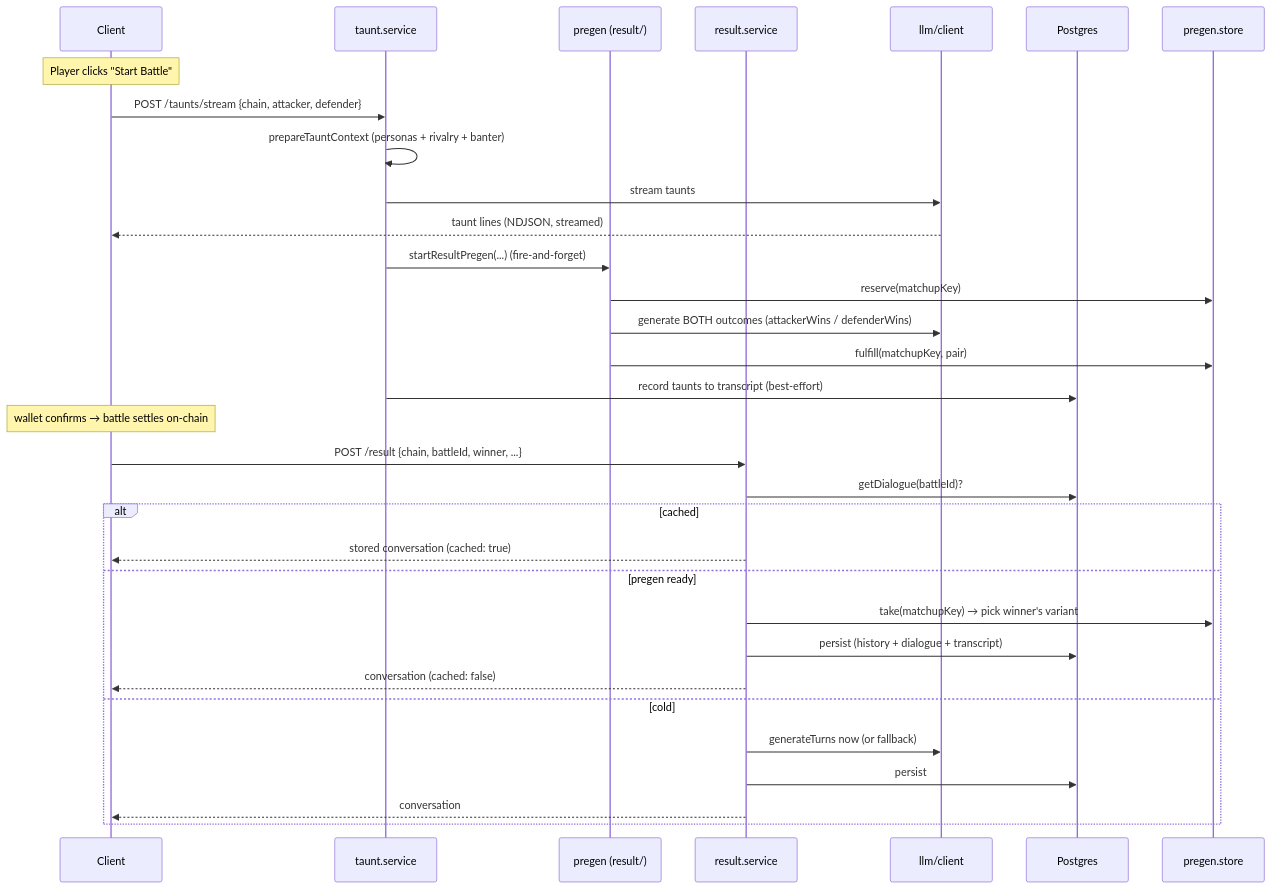
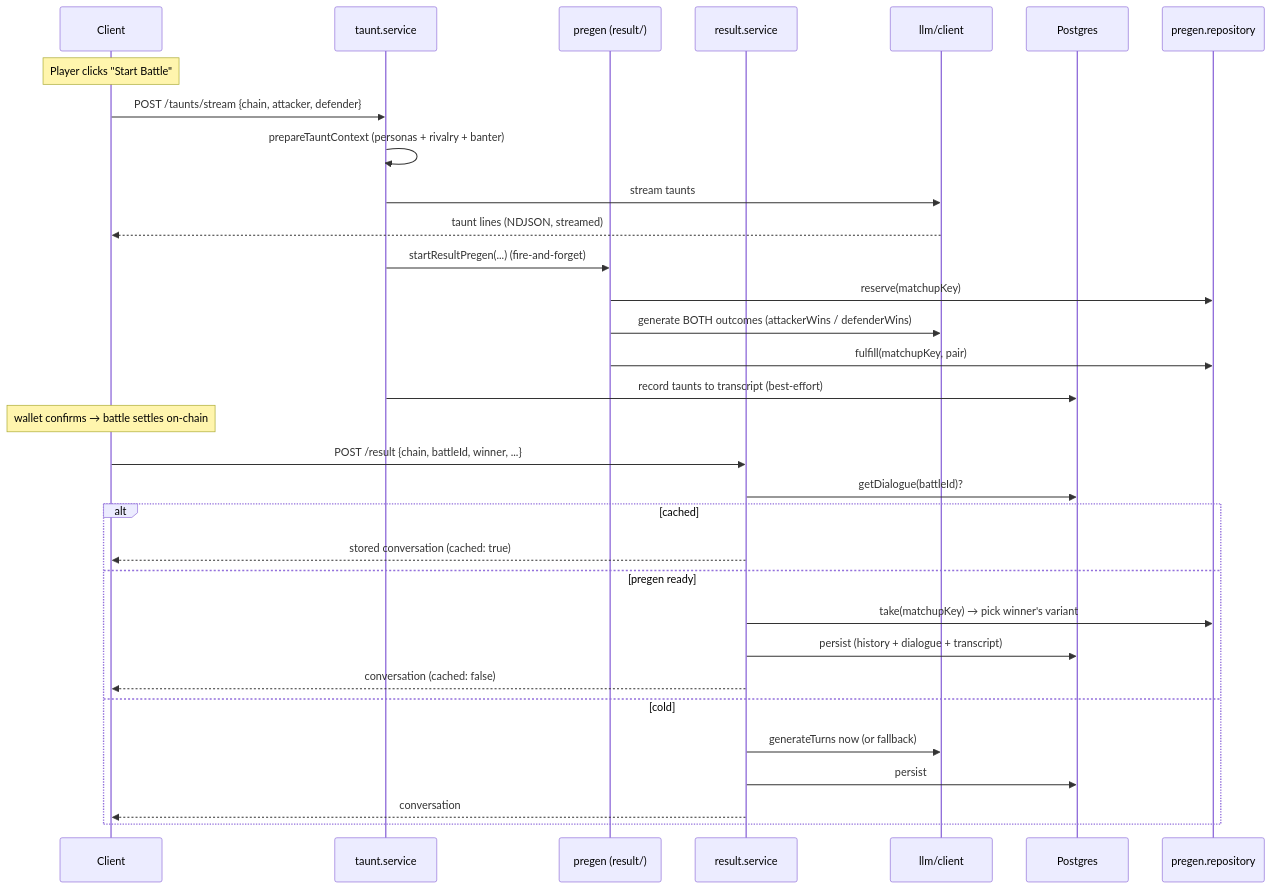
Before and after one commit to heyradcode/do-not-stop: the diagram in backend/src/features/dialogue/README.md, drawn with Mermaid. The commit also changed other lines of this file and 6 other files, not shown here.

Commit message:
refactor: move pregen store to repositories, redis conn to config

````diff
--- a/backend/src/features/dialogue/README.md
+++ b/backend/src/features/dialogue/README.md
@@ -52,36 +57,36 @@
 ```mermaid
 sequenceDiagram
     participant C as Client
     participant T as taunt.service
     participant P as pregen (result/)
     participant R as result.service
     participant LLM as llm/client
     participant DB as Postgres
-    participant S as pregen.store
+    participant S as pregen.repository
 
     Note over C: Player clicks "Start Battle"
     C->>T: POST /taunts/stream {chain, attacker, defender}
     T->>T: prepareTauntContext (personas + rivalry + banter)
     T->>LLM: stream taunts
     LLM-->>C: taunt lines (NDJSON, streamed)
     T->>P: startResultPregen(...)  (fire-and-forget)
     P->>S: reserve(matchupKey)
     P->>LLM: generate BOTH outcomes (attackerWins / defenderWins)
     P->>S: fulfill(matchupKey, pair)
     T->>DB: record taunts to transcript (best-effort)
 
     Note over C: wallet confirms → battle settles on-chain
     C->>R: POST /result {chain, battleId, winner, ...}
     R->>DB: getDialogue(battleId)?
     alt cached
         R-->>C: stored conversation (cached: true)
     else pregen ready
         R->>S: take(matchupKey) → pick winner's variant
         R->>DB: persist (history + dialogue + transcript)
         R-->>C: conversation (cached: false)
     else cold
         R->>LLM: generateTurns now (or fallback)
         R->>DB: persist
         R-->>C: conversation
     end
 ```
````
